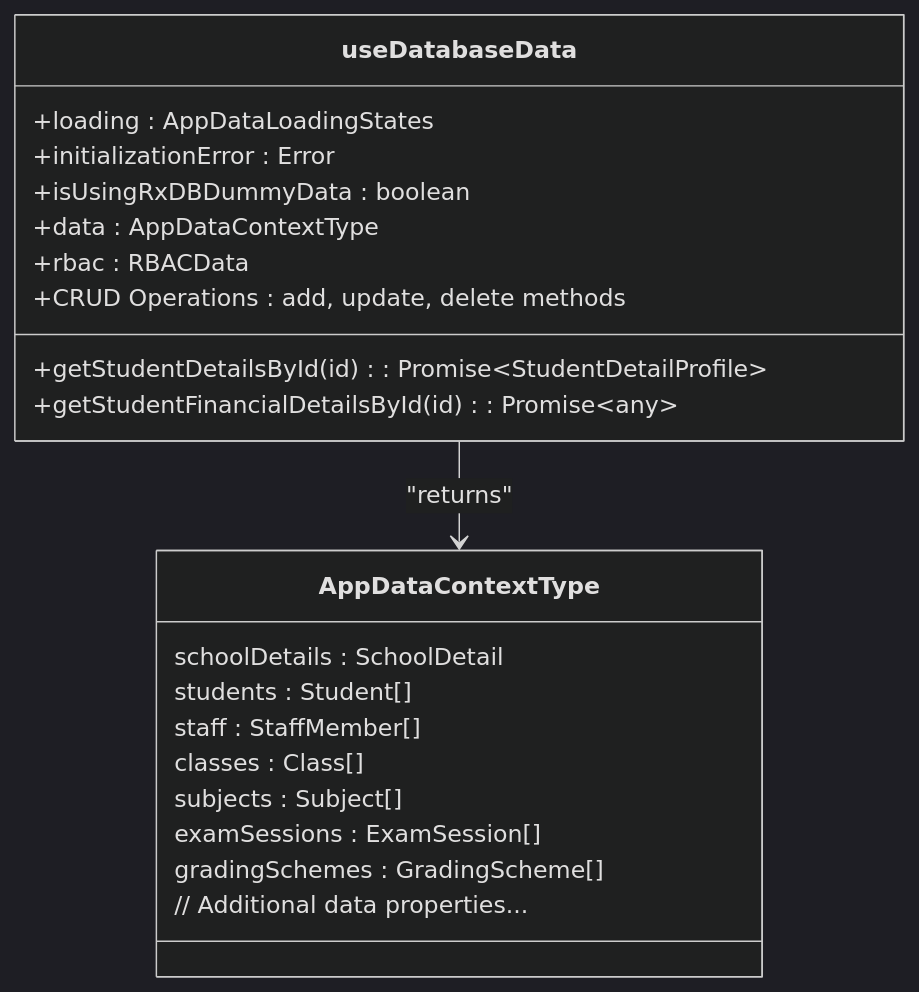
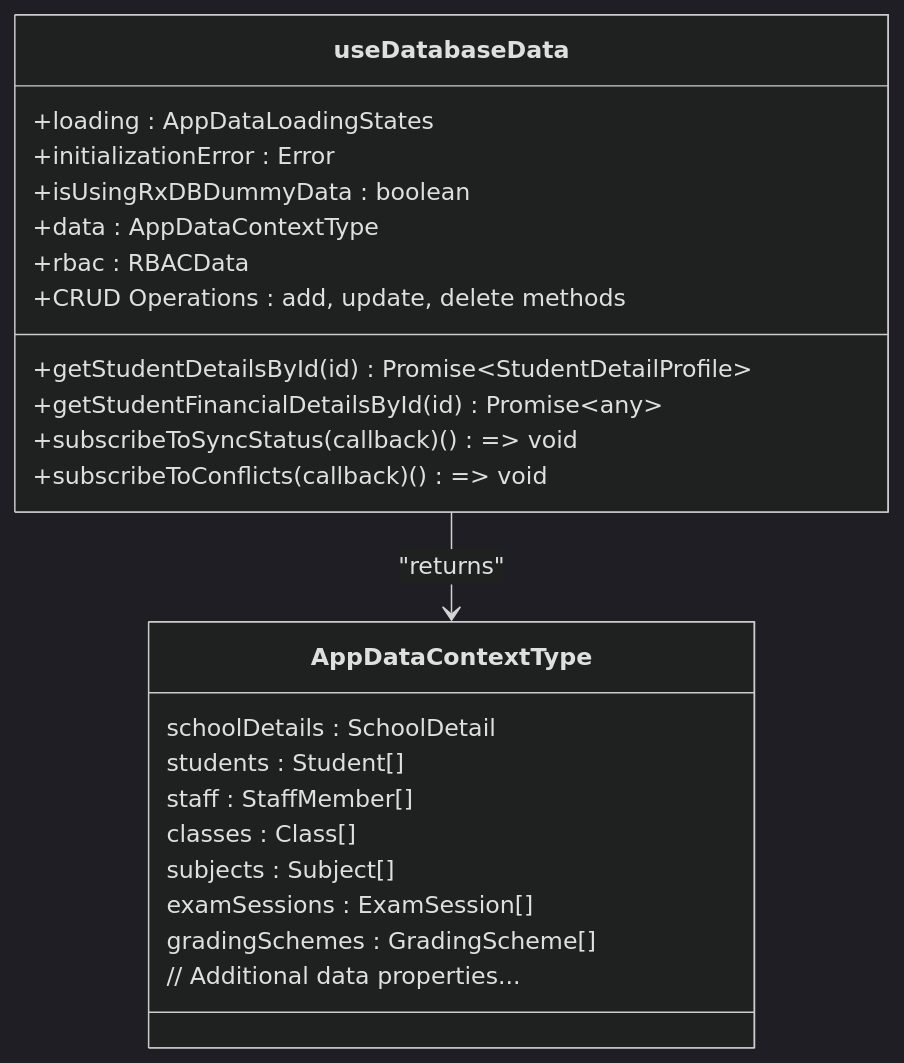
Before and after one commit to geniusdynamics/schoolpilot: the ninth of 20 diagrams in .qoder/repowiki/en/content/Architecture Overview/Data Management Architecture/Data Synchronization Workflow/Data Synchronization Workflow.md, drawn with Mermaid (dark theme). The commit also changed other lines of this file and 8 other files, not shown here.

````diff
--- a/.qoder/repowiki/en/content/Architecture Overview/Data Management Architecture/Data Synchronization Workflow/Data Synchronization Workflow.md
+++ b/.qoder/repowiki/en/content/Architecture Overview/Data Management Architecture/Data Synchronization Workflow/Data Synchronization Workflow.md
@@ -353,24 +395,26 @@
 ```mermaid
 classDiagram
 class useDatabaseData {
 +loading : AppDataLoadingStates
 +initializationError : Error
 +isUsingRxDBDummyData : boolean
 +data : AppDataContextType
 +rbac : RBACData
-+getStudentDetailsById(id) : Promise~StudentDetailProfile~
-+getStudentFinancialDetailsById(id) : Promise~any~
++getStudentDetailsById(id) Promise~StudentDetailProfile~
++getStudentFinancialDetailsById(id) Promise~any~
 +CRUD Operations : add, update, delete methods
++subscribeToSyncStatus(callback) () => void
++subscribeToConflicts(callback) () => void
 }
 class AppDataContextType {
 schoolDetails : SchoolDetail
 students : Student[]
 staff : StaffMember[]
 classes : Class[]
 subjects : Subject[]
 examSessions : ExamSession[]
 gradingSchemes : GradingScheme[]
 // Additional data properties...
 }
 useDatabaseData --> AppDataContextType : "returns"
 ```
````
